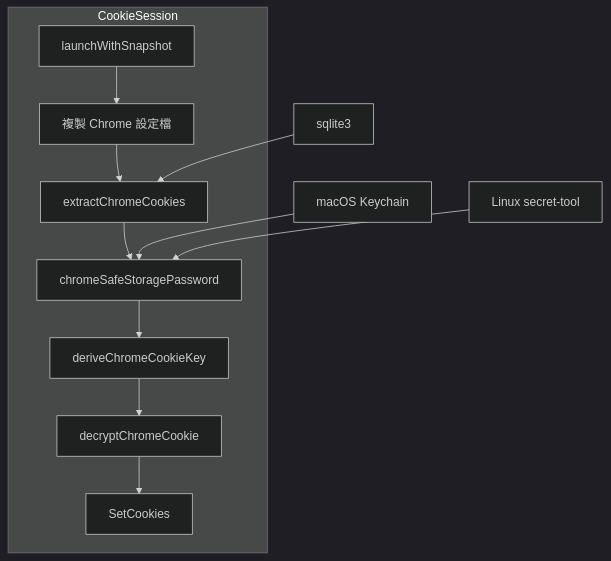
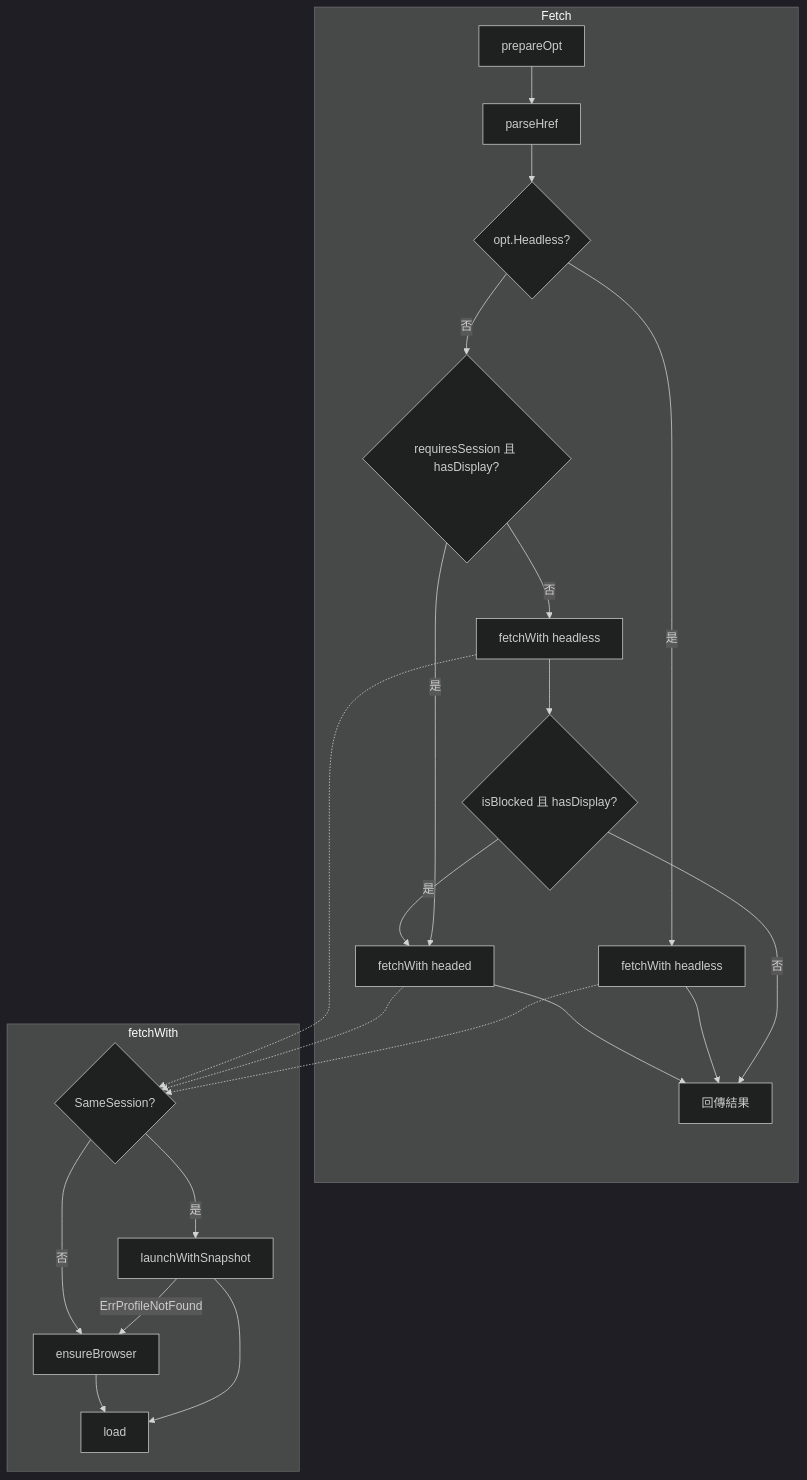
Before and after one commit to pardnchiu/go-browser: the third of 8 diagrams in doc/architecture.zh.md, drawn with Mermaid (dark theme). The commit also changed other lines of this file and 5 other files, not shown here.

````diff
--- a/doc/architecture.zh.md
+++ b/doc/architecture.zh.md
@@ -43,14 +57,26 @@
 ```mermaid
 graph TB
-    subgraph CookieSession
-        A[launchWithSnapshot] --> B[複製 Chrome 設定檔]
-        B --> C[extractChromeCookies]
-        C --> D[chromeSafeStoragePassword]
-        D --> E[deriveChromeCookieKey]
-        E --> F[decryptChromeCookie]
-        F --> G[SetCookies]
+    subgraph Fetch
+        A[prepareOpt] --> B[parseHref]
+        B --> C{opt.Headless?}
+        C -->|是| D[fetchWith headless]
+        C -->|否| E{requiresSession 且 hasDisplay?}
+        E -->|是| F[fetchWith headed]
+        E -->|否| G[fetchWith headless]
+        G --> H{isBlocked 且 hasDisplay?}
+        H -->|是| F
+        H -->|否| I[回傳結果]
+        D --> I
+        F --> I
     end
-    H[macOS Keychain] --> D
-    I[Linux secret-tool] --> D
-    J[sqlite3] --> C
+    subgraph fetchWith
+        J{SameSession?} -->|是| K[launchWithSnapshot]
+        K -->|ErrProfileNotFound| L[ensureBrowser]
+        J -->|否| L
+        K --> M[load]
+        L --> M
+    end
+    D -.-> J
+    F -.-> J
+    G -.-> J
 ```
````
